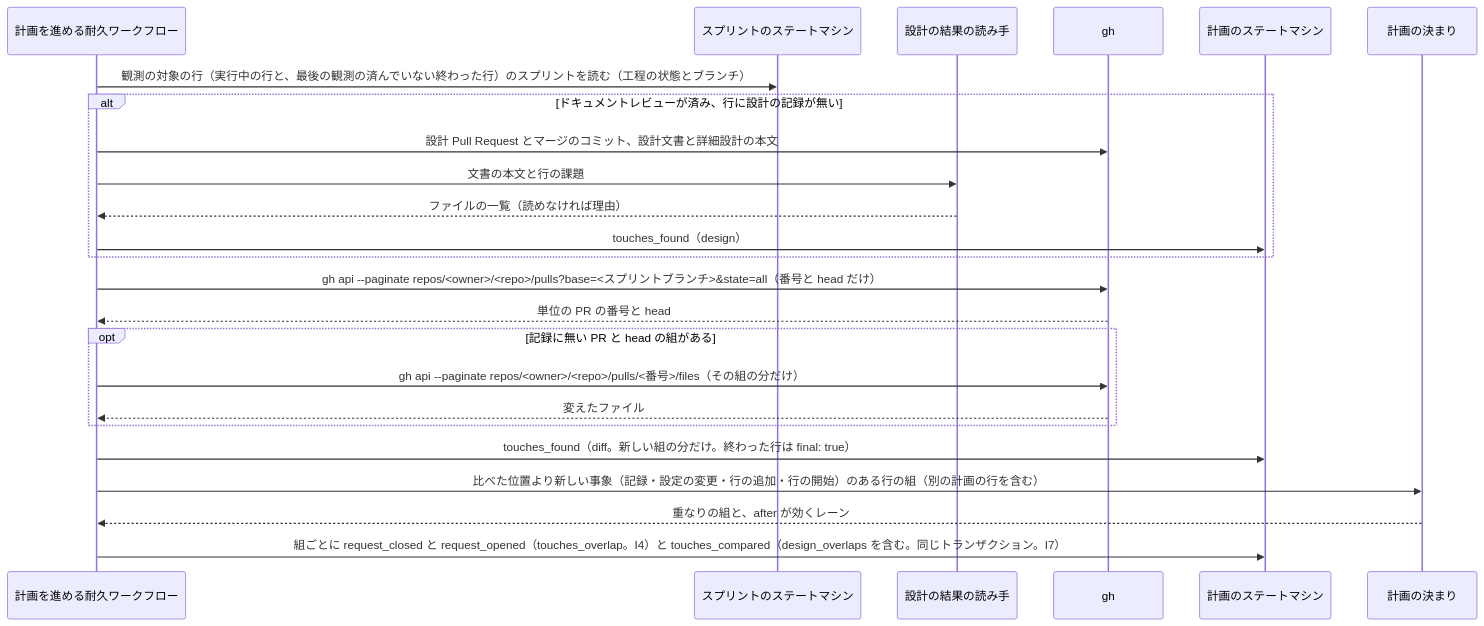
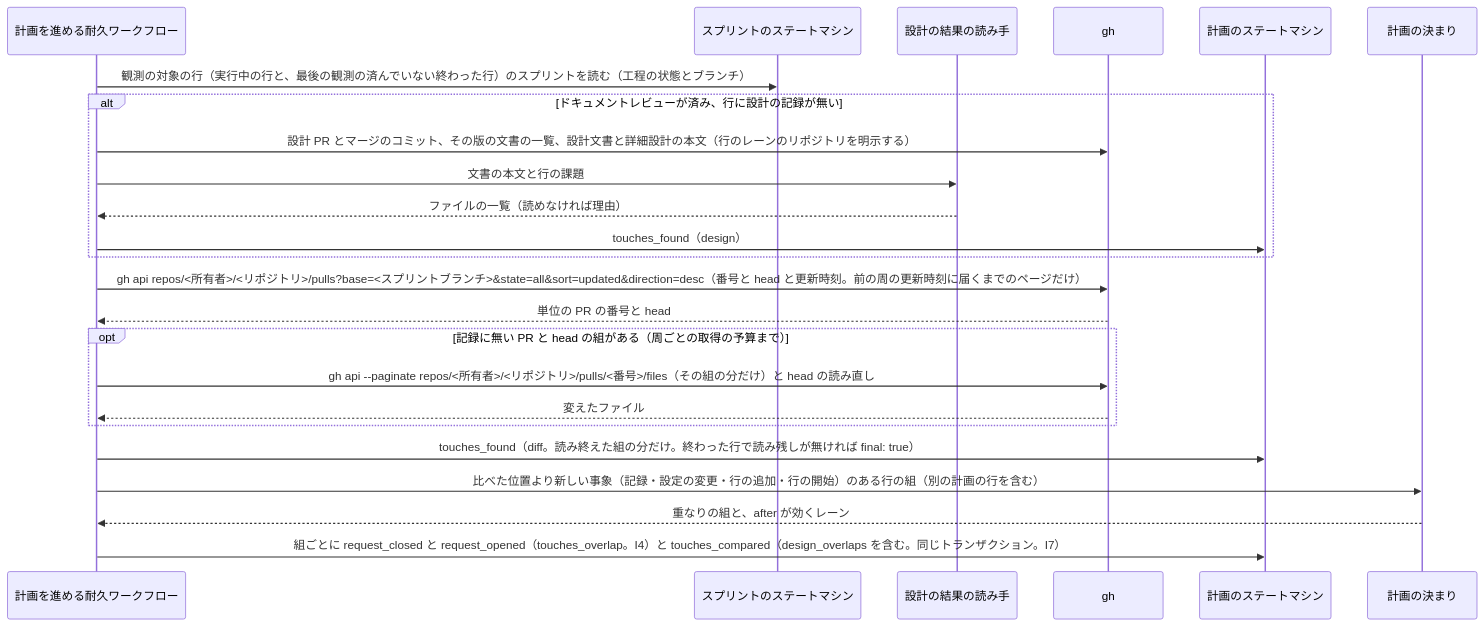
The fourth of 5 diagrams in issues/issue-4295-2037-design.md (devbasex/ai-plugins), drawn with Mermaid before and after one commit. The commit also changed other lines of this file, not shown here.

````diff
--- a/issues/issue-4295-2037-design.md
+++ b/issues/issue-4295-2037-design.md
@@ -245,26 +276,26 @@
 ```mermaid
 sequenceDiagram
     participant RUN as 計画を進める耐久ワークフロー
     participant SP as スプリントのステートマシン
     participant DR as 設計の結果の読み手
     participant GH as gh
     participant PL as 計画のステートマシン
     participant RU as 計画の決まり
     RUN->>SP: 観測の対象の行（実行中の行と、最後の観測の済んでいない終わった行）のスプリントを読む（工程の状態とブランチ）
     alt ドキュメントレビューが済み、行に設計の記録が無い
-        RUN->>GH: 設計 Pull Request とマージのコミット、設計文書と詳細設計の本文
+        RUN->>GH: 設計 PR とマージのコミット、その版の文書の一覧、設計文書と詳細設計の本文（行のレーンのリポジトリを明示する）
         RUN->>DR: 文書の本文と行の課題
         DR-->>RUN: ファイルの一覧（読めなければ理由）
         RUN->>PL: touches_found（design）
     end
-    RUN->>GH: gh api --paginate repos/<owner>/<repo>/pulls?base=<スプリントブランチ>&state=all（番号と head だけ）
+    RUN->>GH: gh api repos/<所有者>/<リポジトリ>/pulls?base=<スプリントブランチ>&state=all&sort=updated&direction=desc（番号と head と更新時刻。前の周の更新時刻に届くまでのページだけ）
     GH-->>RUN: 単位の PR の番号と head
-    opt 記録に無い PR と head の組がある
-        RUN->>GH: gh api --paginate repos/<owner>/<repo>/pulls/<番号>/files（その組の分だけ）
+    opt 記録に無い PR と head の組がある（周ごとの取得の予算まで）
+        RUN->>GH: gh api --paginate repos/<所有者>/<リポジトリ>/pulls/<番号>/files（その組の分だけ）と head の読み直し
         GH-->>RUN: 変えたファイル
     end
-    RUN->>PL: touches_found（diff。新しい組の分だけ。終わった行は final: true）
+    RUN->>PL: touches_found（diff。読み終えた組の分だけ。終わった行で読み残しが無ければ final: true）
     RUN->>RU: 比べた位置より新しい事象（記録・設定の変更・行の追加・行の開始）のある行の組（別の計画の行を含む）
     RU-->>RUN: 重なりの組と、after が効くレーン
     RUN->>PL: 組ごとに request_closed と request_opened（touches_overlap。I4）と touches_compared（design_overlaps を含む。同じトランザクション。I7）
 ```
````
